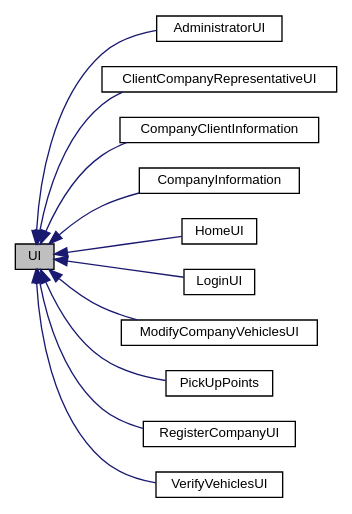
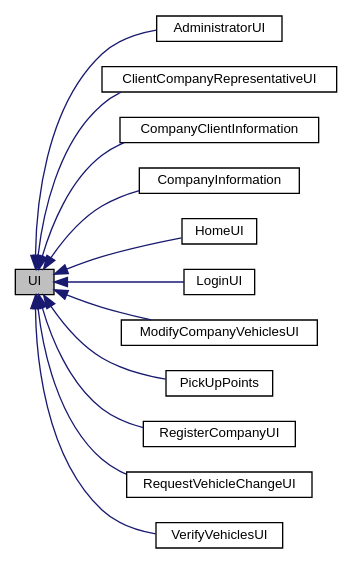
One commit to ctrlMarcio/feup-cal-proj changed the diagram in classUI__inherit__graph.dot. Above: the diagram before and after it, drawn with Graphviz. The commit also changed 57 other files, not shown here.

```diff
--- a/classUI__inherit__graph.dot
+++ b/classUI__inherit__graph.dot
@@ -1,27 +1,29 @@
 digraph "UI"
 {
   edge [fontname="Helvetica",fontsize="10",labelfontname="Helvetica",labelfontsize="10"];
   node [fontname="Helvetica",fontsize="10",shape=record];
   rankdir="LR";
   Node0 [label="UI",height=0.2,width=0.4,color="black", fillcolor="grey75", style="filled", fontcolor="black"];
   Node0 -> Node1 [dir="back",color="midnightblue",fontsize="10",style="solid",fontname="Helvetica"];
   Node1 [label="AdministratorUI",height=0.2,width=0.4,color="black", fillcolor="white", style="filled",URL="$classAdministratorUI.html"];
   Node0 -> Node2 [dir="back",color="midnightblue",fontsize="10",style="solid",fontname="Helvetica"];
   Node2 [label="ClientCompanyRepresentativeUI",height=0.2,width=0.4,color="black", fillcolor="white", style="filled",URL="$classClientCompanyRepresentativeUI.html"];
   Node0 -> Node3 [dir="back",color="midnightblue",fontsize="10",style="solid",fontname="Helvetica"];
   Node3 [label="CompanyClientInformation",height=0.2,width=0.4,color="black", fillcolor="white", style="filled",URL="$classCompanyClientInformation.html"];
   Node0 -> Node4 [dir="back",color="midnightblue",fontsize="10",style="solid",fontname="Helvetica"];
   Node4 [label="CompanyInformation",height=0.2,width=0.4,color="black", fillcolor="white", style="filled",URL="$classCompanyInformation.html"];
   Node0 -> Node5 [dir="back",color="midnightblue",fontsize="10",style="solid",fontname="Helvetica"];
   Node5 [label="HomeUI",height=0.2,width=0.4,color="black", fillcolor="white", style="filled",URL="$classHomeUI.html"];
   Node0 -> Node6 [dir="back",color="midnightblue",fontsize="10",style="solid",fontname="Helvetica"];
   Node6 [label="LoginUI",height=0.2,width=0.4,color="black", fillcolor="white", style="filled",URL="$classLoginUI.html"];
   Node0 -> Node7 [dir="back",color="midnightblue",fontsize="10",style="solid",fontname="Helvetica"];
   Node7 [label="ModifyCompanyVehiclesUI",height=0.2,width=0.4,color="black", fillcolor="white", style="filled",URL="$classModifyCompanyVehiclesUI.html"];
   Node0 -> Node8 [dir="back",color="midnightblue",fontsize="10",style="solid",fontname="Helvetica"];
   Node8 [label="PickUpPoints",height=0.2,width=0.4,color="black", fillcolor="white", style="filled",URL="$classPickUpPoints.html"];
   Node0 -> Node9 [dir="back",color="midnightblue",fontsize="10",style="solid",fontname="Helvetica"];
   Node9 [label="RegisterCompanyUI",height=0.2,width=0.4,color="black", fillcolor="white", style="filled",URL="$classRegisterCompanyUI.html"];
   Node0 -> Node10 [dir="back",color="midnightblue",fontsize="10",style="solid",fontname="Helvetica"];
-  Node10 [label="VerifyVehiclesUI",height=0.2,width=0.4,color="black", fillcolor="white", style="filled",URL="$classVerifyVehiclesUI.html"];
+  Node10 [label="RequestVehicleChangeUI",height=0.2,width=0.4,color="black", fillcolor="white", style="filled",URL="$classRequestVehicleChangeUI.html"];
+  Node0 -> Node11 [dir="back",color="midnightblue",fontsize="10",style="solid",fontname="Helvetica"];
+  Node11 [label="VerifyVehiclesUI",height=0.2,width=0.4,color="black", fillcolor="white", style="filled",URL="$classVerifyVehiclesUI.html"];
 }
```
